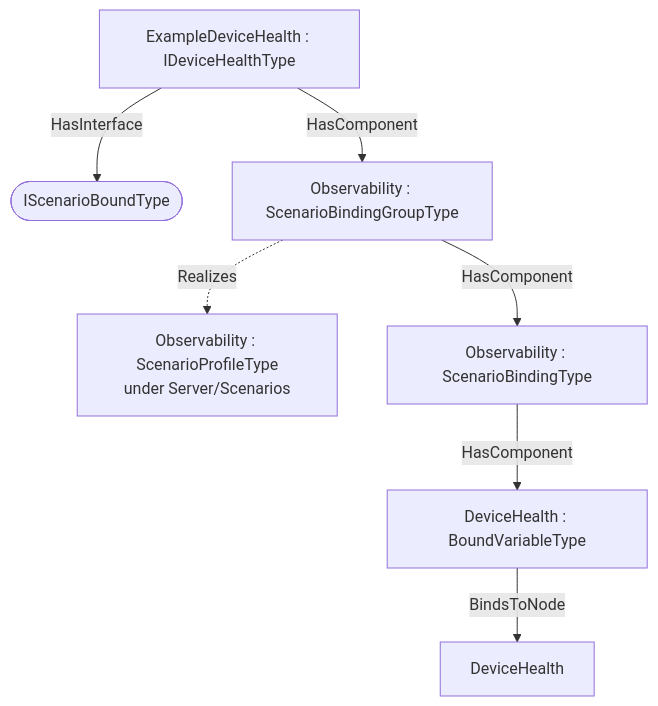
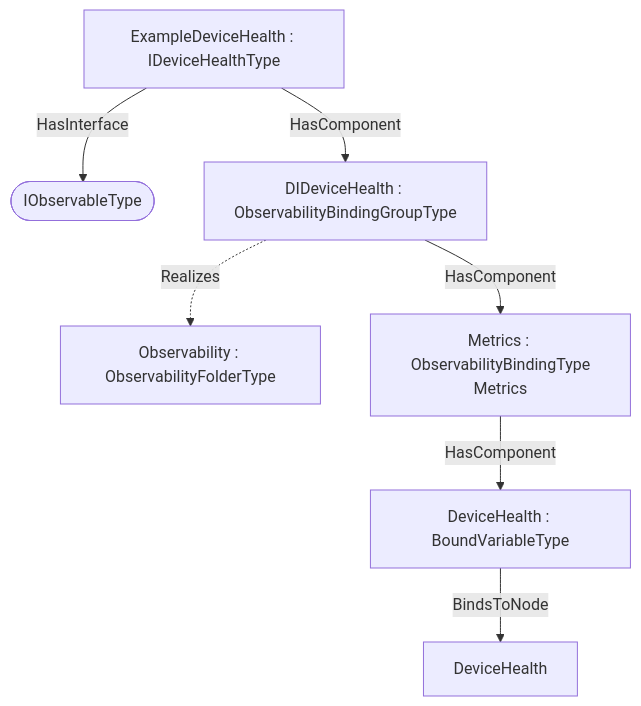
Before and after one commit to marcschier/opcua-drafts: the second of 2 diagrams in core-specs/observability-export/di/OPC-UA-DIDeviceHealth-Observability-Export-Addendum.md, drawn with Mermaid. The commit also changed other lines of this file and 22 other files, not shown here.

````diff
--- a/core-specs/observability-export/di/OPC-UA-DIDeviceHealth-Observability-Export-Addendum.md
+++ b/core-specs/observability-export/di/OPC-UA-DIDeviceHealth-Observability-Export-Addendum.md
@@ -53,10 +51,10 @@
 ```mermaid
 graph TD
   R["ExampleDeviceHealth : IDeviceHealthType"]
-  R -->|HasInterface| I([IScenarioBoundType])
-  R -->|HasComponent| G0["Observability : ScenarioBindingGroupType"]
-  G0 -.Realizes.-> P0["Observability : ScenarioProfileType<br/>under Server/Scenarios"]
-  G0 -->|HasComponent| B0["Observability : ScenarioBindingType"]
+  R -->|HasInterface| I([IObservableType])
+  R -->|HasComponent| G["DIDeviceHealth : ObservabilityBindingGroupType"]
+  G -.Realizes.-> O["Observability : ObservabilityFolderType"]
+  G -->|HasComponent| B0["Metrics : ObservabilityBindingType<br/>Metrics"]
   B0 -->|HasComponent| IT00["DeviceHealth : BoundVariableType"]
   IT00 -->|BindsToNode| N00["DeviceHealth"]
 ```
````
